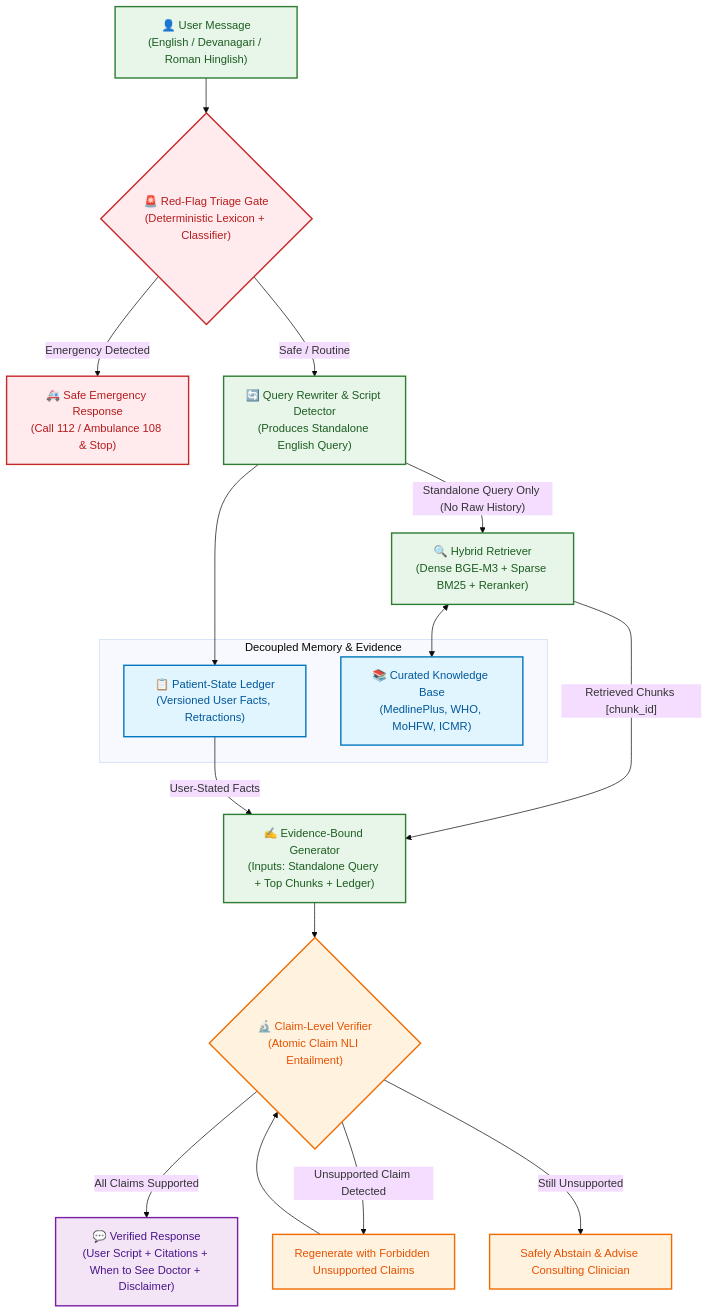
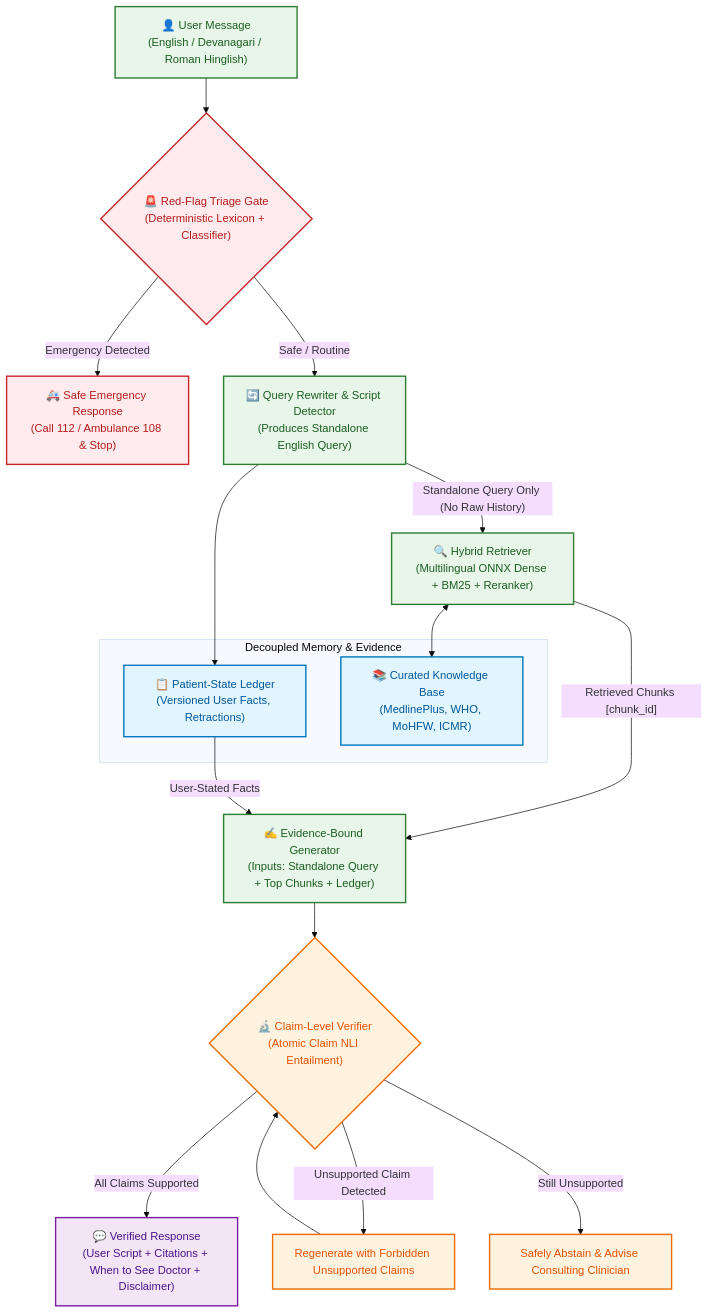
The diagram in README.md (adarsh005599/MedDriftGuard), drawn with Mermaid (base theme) before and after one commit. The commit also changed other lines of this file and 32 other files, not shown here.

````diff
--- a/README.md
+++ b/README.md
@@ -28,46 +28,46 @@
 ```mermaid
 flowchart TD
     classDef emergency fill:#ffebee,stroke:#c62828,stroke-width:2px,color:#b71c1c;
     classDef safety fill:#fff3e0,stroke:#ef6c00,stroke-width:2px,color:#e65100;
     classDef core fill:#e8f5e9,stroke:#2e7d32,stroke-width:2px,color:#1b5e20;
     classDef store fill:#e1f5fe,stroke:#0277bd,stroke-width:2px,color:#01579b;
     classDef output fill:#f3e5f5,stroke:#7b1fa2,stroke-width:2px,color:#4a148c;
 
     UserMsg["👤 User Message<br/>(English / Devanagari / Roman Hinglish)"]:::core
     
     Triage{"🚨 Red-Flag Triage Gate<br/>(Deterministic Lexicon + Classifier)"}:::emergency
     EmergencyAlert["🚑 Safe Emergency Response<br/>(Call 112 / Ambulance 108 & Stop)"]:::emergency
 
     Rewriter["🔄 Query Rewriter & Script Detector<br/>(Produces Standalone English Query)"]:::core
     
     subgraph StateAndStore ["Decoupled Memory & Evidence"]
         Ledger["📋 Patient-State Ledger<br/>(Versioned User Facts, Retractions)"]:::store
         KBIndex["📚 Curated Knowledge Base<br/>(MedlinePlus, WHO, MoHFW, ICMR)"]:::store
     end
 
-    Retriever["🔍 Hybrid Retriever<br/>(Dense BGE-M3 + Sparse BM25 + Reranker)"]:::core
+    Retriever["🔍 Hybrid Retriever<br/>(Multilingual ONNX Dense + BM25 + Reranker)"]:::core
     Generator["✍️ Evidence-Bound Generator<br/>(Inputs: Standalone Query + Top Chunks + Ledger)"]:::core
     
     Verifier{"🔬 Claim-Level Verifier<br/>(Atomic Claim NLI Entailment)"}:::safety
     Regen["Regenerate with Forbidden Unsupported Claims"]:::safety
     Abstain["Safely Abstain & Advise Consulting Clinician"]:::safety
 
     FinalResponse["💬 Verified Response<br/>(User Script + Citations + When to See Doctor + Disclaimer)"]:::output
 
     UserMsg --> Triage
     Triage -- "Emergency Detected" --> EmergencyAlert
     Triage -- "Safe / Routine" --> Rewriter
     
     Rewriter --> Ledger
     Rewriter -->|"Standalone Query Only (No Raw History)"| Retriever
     
     Retriever <--> KBIndex
     Retriever -->|"Retrieved Chunks [chunk_id]"| Generator
     Ledger -->|"User-Stated Facts"| Generator
     
     Generator --> Verifier
     Verifier -- "All Claims Supported" --> FinalResponse
     Verifier -- "Unsupported Claim Detected" --> Regen
     Regen --> Verifier
     Verifier -- "Still Unsupported" --> Abstain
 ```
````
